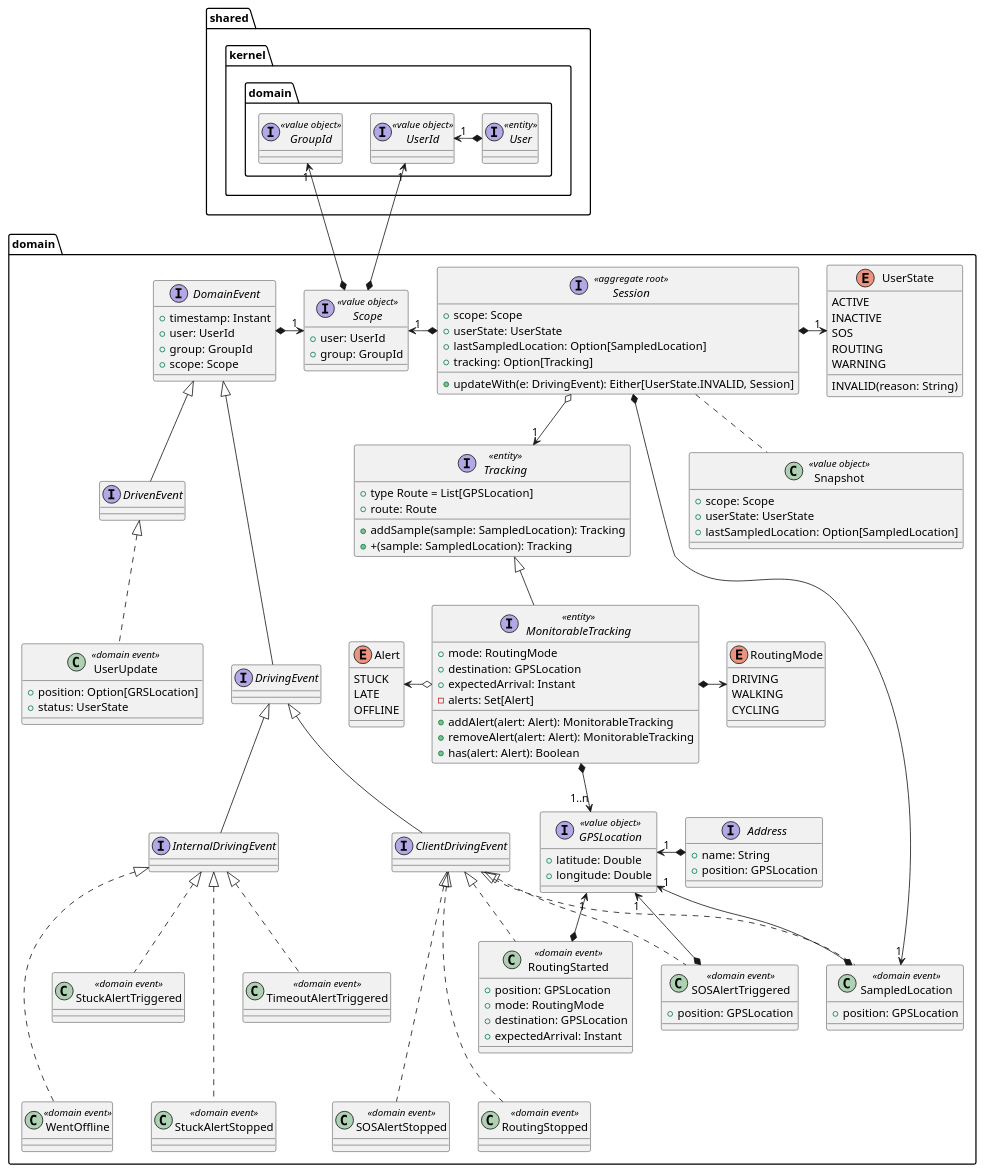
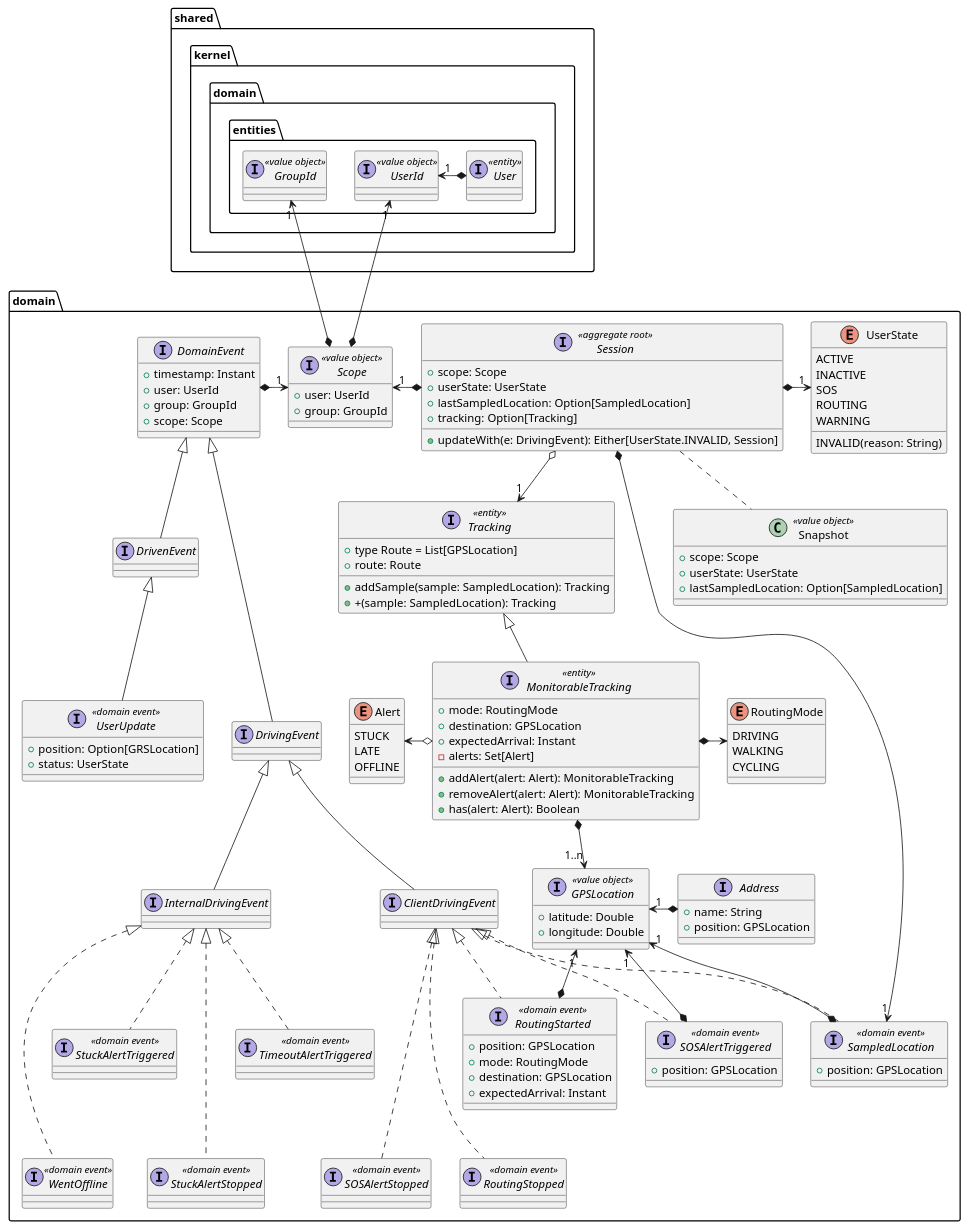
One commit to position-pal/Documentation changed the first of 4 diagrams in content/docs/4-detailed-design/2-location-service.md. Above: the diagram before and after it, drawn with PlantUML. The commit also changed 13 other files, not shown here.

````diff
--- a/content/docs/4-detailed-design/2-location-service.md
+++ b/content/docs/4-detailed-design/2-location-service.md
@@ -20,6 +20,6 @@
 ```plantuml 
 @startuml location-service-structure-domain
-package shared.kernel.domain {
+package shared.kernel.domain.entities {
     interface User <<entity>>
     interface UserId <<value object>>
     interface GroupId <<value object>>
@@ -59,7 +59,7 @@
     DomainEvent *-right-> "1" Scope
 
     interface DrivenEvent extends DomainEvent
-    class UserUpdate <<domain event>> implements DrivenEvent {
+    interface UserUpdate <<domain event>> implements DrivenEvent {
         + position: Option[GRSLocation]
         + status: UserState
     }
@@ -67,34 +67,34 @@
     interface DrivingEvent extends DomainEvent
     interface ClientDrivingEvent extends DrivingEvent
 
-    class SampledLocation <<domain event>> {
+    interface SampledLocation <<domain event>> {
         + position: GPSLocation
     }
     ClientDrivingEvent <|.. SampledLocation
-    class SOSAlertTriggered <<domain event>> {
+    interface SOSAlertTriggered <<domain event>> {
         + position: GPSLocation
     }
     ClientDrivingEvent <|.. SOSAlertTriggered
-    class SOSAlertStopped <<domain event>>
+    interface SOSAlertStopped <<domain event>>
     ClientDrivingEvent <|... SOSAlertStopped
-    class RoutingStarted <<domain event>> {
+    interface RoutingStarted <<domain event>> {
         + position: GPSLocation
         + mode: RoutingMode
         + destination: GPSLocation
         + expectedArrival: Instant
     }
     ClientDrivingEvent <|.. RoutingStarted
-    class RoutingStopped <<domain event>> 
+    interface RoutingStopped <<domain event>> 
     ClientDrivingEvent <|... RoutingStopped
 
     interface InternalDrivingEvent extends DrivingEvent
-    class WentOffline <<domain event>>
+    interface WentOffline <<domain event>>
     InternalDrivingEvent <|... WentOffline
-    class StuckAlertTriggered <<domain event>> 
+    interface StuckAlertTriggered <<domain event>> 
     InternalDrivingEvent <|.. StuckAlertTriggered
-    class StuckAlertStopped <<domain event>> 
+    interface StuckAlertStopped <<domain event>> 
     InternalDrivingEvent <|... StuckAlertStopped
-    class TimeoutAlertTriggered <<domain event>> 
+    interface TimeoutAlertTriggered <<domain event>> 
     InternalDrivingEvent <|.. TimeoutAlertTriggered
 
     GPSLocation "1" <--* RoutingStarted
````
